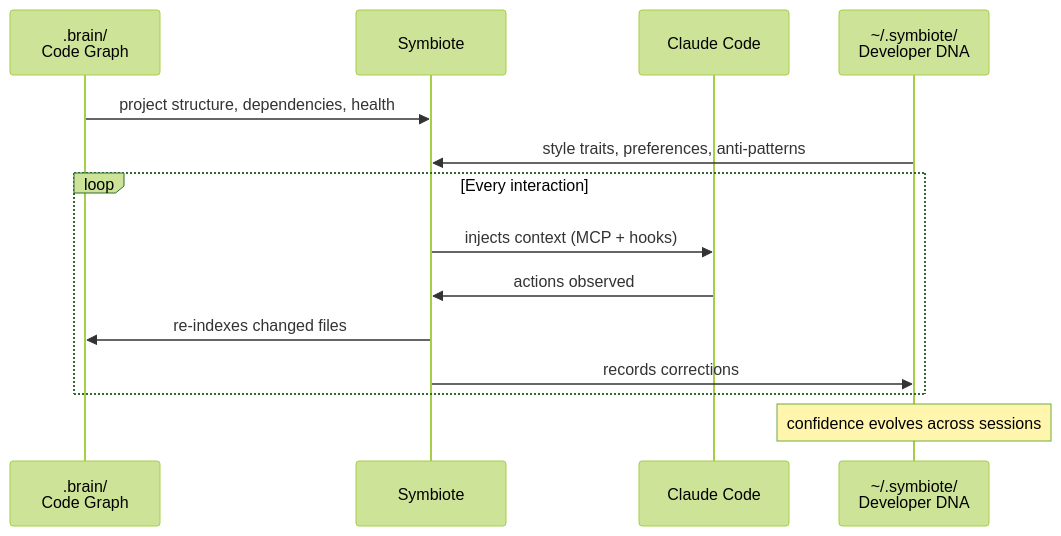
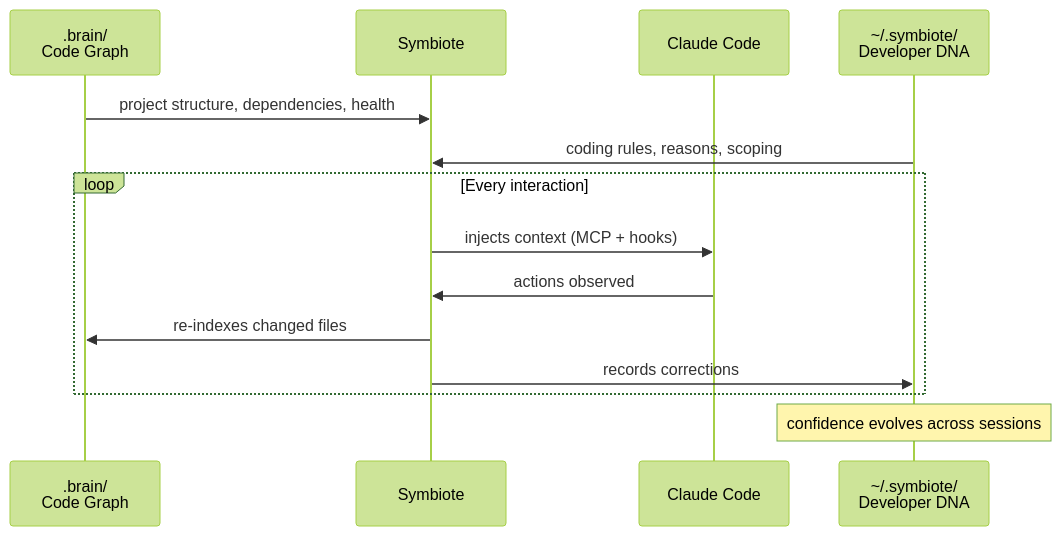
One commit to MohmmedAshraf/symbiote changed the first of 3 diagrams in README.md. Above: the diagram before and after it, drawn with Mermaid (forest theme). The commit also changed other lines of this file and 1 other file, not shown here.

Commit message:
docs: update README for DNA profiles and new CLI commands

````diff
--- a/README.md
+++ b/README.md
@@ -69,19 +69,19 @@
 ```mermaid
 sequenceDiagram
     participant Brain as .brain/<br>Code Graph
     participant Sym as Symbiote
     participant AI as Claude Code
     participant DNA as ~/.symbiote/<br>Developer DNA
 
     Brain->>Sym: project structure, dependencies, health
-    DNA->>Sym: style traits, preferences, anti-patterns
+    DNA->>Sym: coding rules, reasons, scoping
 
     loop Every interaction
         Sym->>AI: injects context (MCP + hooks)
         AI->>Sym: actions observed
         Sym->>Brain: re-indexes changed files
         Sym->>DNA: records corrections
     end
 
     Note over DNA: confidence evolves across sessions
 ```
````
